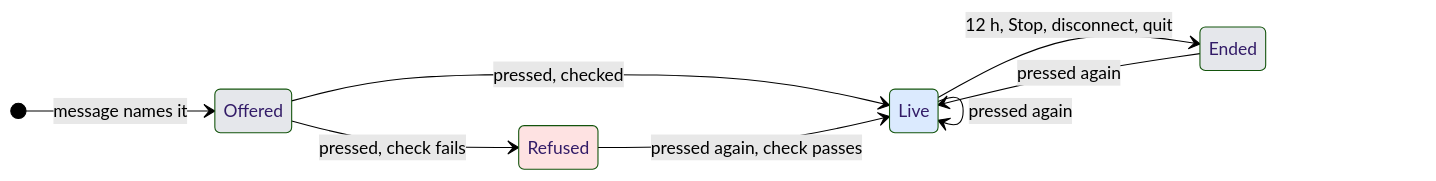
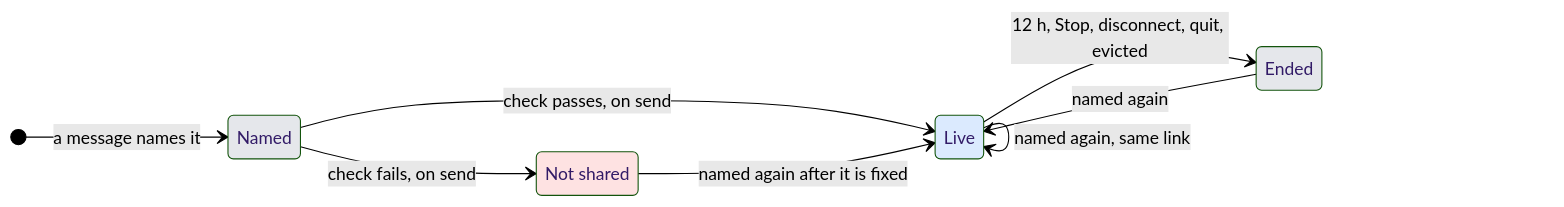
Before and after one commit to anetrebskii/geckit: the second of 3 diagrams in docs/ux/telegram-local-links.md, drawn with Mermaid (forest theme). The commit also changed other lines of this file and 8 other files, not shown here.

First line of the commit message:
feat: the link is in the words, not behind a button

````diff
--- a/docs/ux/telegram-local-links.md
+++ b/docs/ux/telegram-local-links.md
@@ -86,23 +82,22 @@
 ```mermaid
 stateDiagram-v2
   direction LR
-  state "Offered" as offered
+  state "Named" as named
   state "Live" as live
-  state "Refused" as refused
+  state "Not shared" as plain
   state "Ended" as ended
-  [*] --> offered: message names it
-  offered --> live: pressed, checked
-  offered --> refused: pressed, check fails
-  refused --> live: pressed again, check passes
-  live --> live: pressed again
-  live --> ended: 12 h, Stop, disconnect, quit
-  ended --> live: pressed again
-  classDef wait fill:#fef3c7
+  [*] --> named: a message names it
+  named --> live: check passes, on send
+  named --> plain: check fails, on send
+  live --> live: named again, same link
+  live --> ended: 12 h, Stop, disconnect, quit, evicted
+  ended --> live: named again
+  plain --> live: named again after it is fixed
   classDef auto fill:#dbeafe
   classDef hands fill:#fee2e2
   classDef idle fill:#e5e7eb
-  class offered idle
+  class named idle
   class live auto
-  class refused hands
+  class plain hands
   class ended idle
 ```
````
